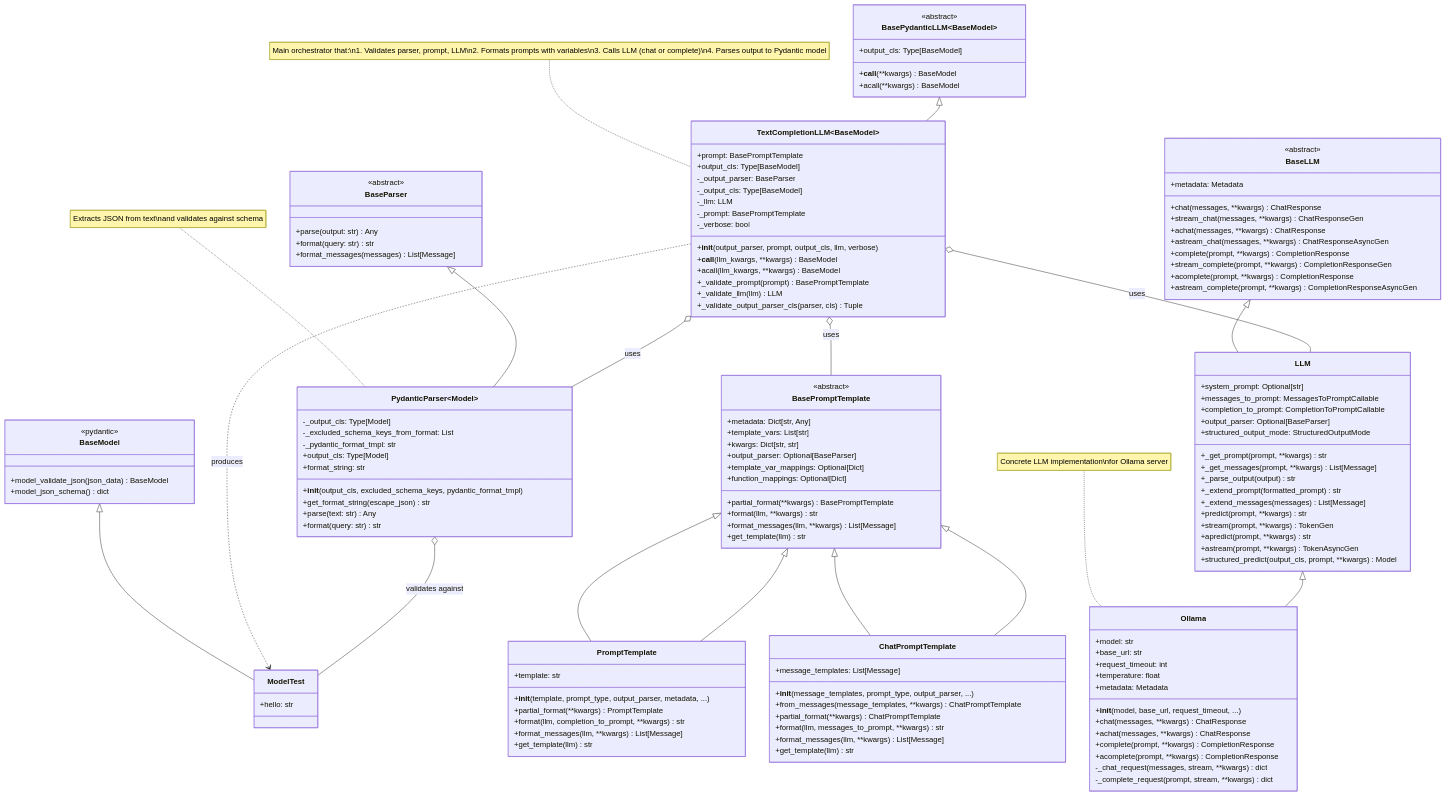
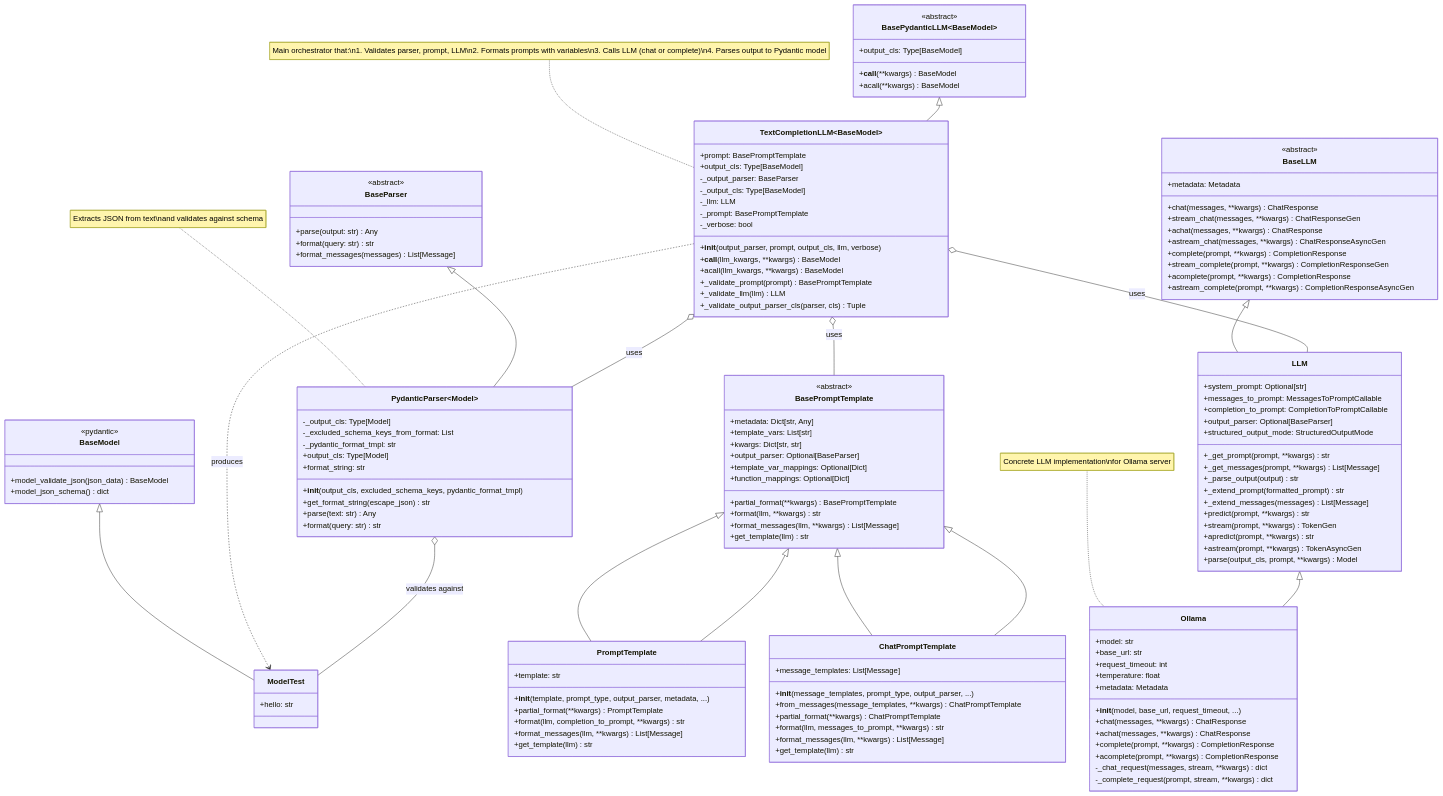
Before and after one commit to Serapieum-of-alex/serapeum: the diagram in docs/reference/core/llms/orchestrators/text_completion_llm/text_completion_llm_class.md, drawn with Mermaid. The commit also changed 15 other files, not shown here.

```diff
--- a/docs/reference/core/llms/orchestrators/text_completion_llm/text_completion_llm_class.md
+++ b/docs/reference/core/llms/orchestrators/text_completion_llm/text_completion_llm_class.md
@@ -107,7 +107,7 @@
         +stream(prompt, **kwargs) TokenGen
         +apredict(prompt, **kwargs) str
         +astream(prompt, **kwargs) TokenAsyncGen
-        +structured_predict(output_cls, prompt, **kwargs) Model
+        +parse(output_cls, prompt, **kwargs) Model
     }
 
     class Ollama {
```
